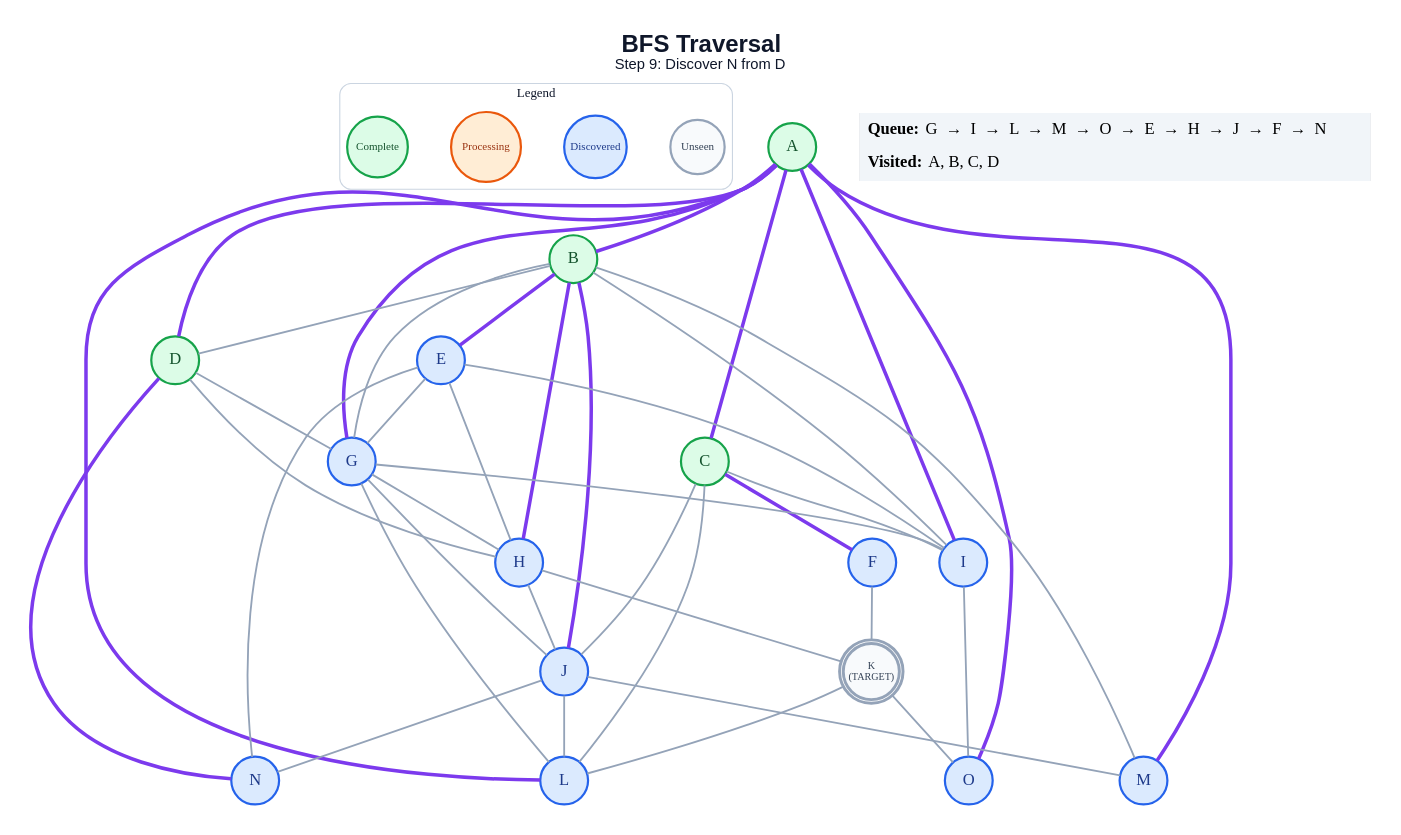
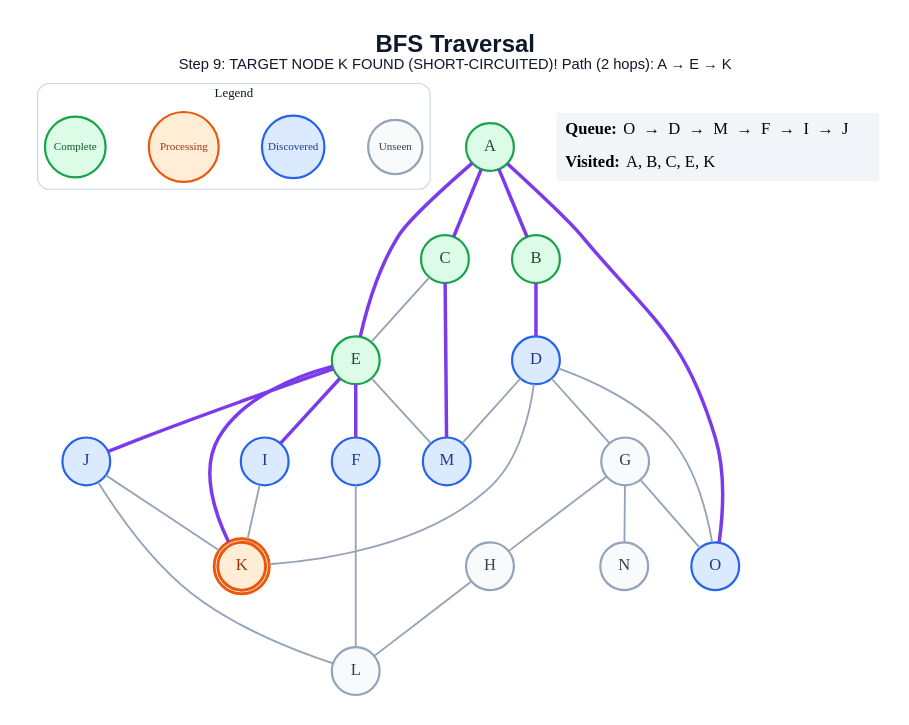
One commit to anon7238593-create/ai-slop changed the diagram in generated/short-circuit/bfs/step_09.dot. Above: the diagram before and after it, drawn with Graphviz. The commit also changed 289 other files, not shown here.

```diff
--- a/generated/short-circuit/bfs/step_09.dot
+++ b/generated/short-circuit/bfs/step_09.dot
@@ -1,73 +1,58 @@
 graph traversal {
   graph [layout=dot, rankdir=TB, bgcolor="#FFFFFF", pad="0.35", nodesep="0.65", ranksep="0.8", fontname="Arial"];
   node [shape=circle, style="filled", fontname="Arial Bold", fontsize=18, width=0.72, fixedsize=true, penwidth=2.4];
   edge [color="#94A3B8", penwidth=2.0];
-  label=<<B>BFS Traversal</B><BR/><FONT POINT-SIZE="16">Step 9: Discover N from D</FONT>>; labelloc="t"; fontsize=26; fontname="Arial"; fontcolor="#0F172A";
+  label=<<B>BFS Traversal</B><BR/><FONT POINT-SIZE="16">Step 9: TARGET NODE K FOUND (SHORT-CIRCUITED)! Path (2 hops): A → E → K</FONT>>; labelloc="t"; fontsize=26; fontname="Arial"; fontcolor="#0F172A";
   subgraph cluster_legend { label="Legend"; color="#CBD5E1"; penwidth=1.2; style="rounded"; fontsize=14; fontname="Arial Bold";
     key_unseen [label="Unseen", fillcolor="#F8FAFC", color="#94A3B8", fontcolor="#334155", fontsize=12, width=0.82];
     key_frontier [label="Discovered", fillcolor="#DBEAFE", color="#2563EB", fontcolor="#1E3A8A", fontsize=12, width=0.95];
     key_current [label="Processing", fillcolor="#FFEDD5", color="#EA580C", fontcolor="#9A3412", fontsize=12, width=1.05];
     key_done [label="Complete", fillcolor="#DCFCE7", color="#16A34A", fontcolor="#14532D", fontsize=12, width=0.92];
     { rank=same; key_unseen; key_frontier; key_current; key_done; }
   }
   A [label="A", fillcolor="#DCFCE7", color="#16A34A", fontcolor="#14532D", peripheries=1, penwidth=2.4];
   B [label="B", fillcolor="#DCFCE7", color="#16A34A", fontcolor="#14532D", peripheries=1, penwidth=2.4];
   C [label="C", fillcolor="#DCFCE7", color="#16A34A", fontcolor="#14532D", peripheries=1, penwidth=2.4];
-  D [label="D", fillcolor="#DCFCE7", color="#16A34A", fontcolor="#14532D", peripheries=1, penwidth=2.4];
-  E [label="E", fillcolor="#DBEAFE", color="#2563EB", fontcolor="#1E3A8A", peripheries=1, penwidth=2.4];
+  D [label="D", fillcolor="#DBEAFE", color="#2563EB", fontcolor="#1E3A8A", peripheries=1, penwidth=2.4];
+  E [label="E", fillcolor="#DCFCE7", color="#16A34A", fontcolor="#14532D", peripheries=1, penwidth=2.4];
   F [label="F", fillcolor="#DBEAFE", color="#2563EB", fontcolor="#1E3A8A", peripheries=1, penwidth=2.4];
-  G [label="G", fillcolor="#DBEAFE", color="#2563EB", fontcolor="#1E3A8A", peripheries=1, penwidth=2.4];
-  H [label="H", fillcolor="#DBEAFE", color="#2563EB", fontcolor="#1E3A8A", peripheries=1, penwidth=2.4];
+  G [label="G", fillcolor="#F8FAFC", color="#94A3B8", fontcolor="#334155", peripheries=1, penwidth=2.4];
+  H [label="H", fillcolor="#F8FAFC", color="#94A3B8", fontcolor="#334155", peripheries=1, penwidth=2.4];
   I [label="I", fillcolor="#DBEAFE", color="#2563EB", fontcolor="#1E3A8A", peripheries=1, penwidth=2.4];
   J [label="J", fillcolor="#DBEAFE", color="#2563EB", fontcolor="#1E3A8A", peripheries=1, penwidth=2.4];
-  K [label="K\n(TARGET)", fillcolor="#F8FAFC", color="#94A3B8", fontcolor="#334155", peripheries=2, penwidth=3.2, fontsize=11, width=0.85, height=0.85];
-  L [label="L", fillcolor="#DBEAFE", color="#2563EB", fontcolor="#1E3A8A", peripheries=1, penwidth=2.4];
+  K [label="K", fillcolor="#FFEDD5", color="#EA580C", fontcolor="#9A3412", peripheries=2, penwidth=3.2];
+  L [label="L", fillcolor="#F8FAFC", color="#94A3B8", fontcolor="#334155", peripheries=1, penwidth=2.4];
   M [label="M", fillcolor="#DBEAFE", color="#2563EB", fontcolor="#1E3A8A", peripheries=1, penwidth=2.4];
-  N [label="N", fillcolor="#DBEAFE", color="#2563EB", fontcolor="#1E3A8A", peripheries=1, penwidth=2.4];
+  N [label="N", fillcolor="#F8FAFC", color="#94A3B8", fontcolor="#334155", peripheries=1, penwidth=2.4];
   O [label="O", fillcolor="#DBEAFE", color="#2563EB", fontcolor="#1E3A8A", peripheries=1, penwidth=2.4];
   A -- B [color="#7C3AED", penwidth=3.8];
   A -- C [color="#7C3AED", penwidth=3.8];
-  A -- D [color="#7C3AED", penwidth=3.8];
-  A -- G [color="#7C3AED", penwidth=3.8];
-  A -- I [color="#7C3AED", penwidth=3.8];
-  A -- L [color="#7C3AED", penwidth=3.8];
-  A -- M [color="#7C3AED", penwidth=3.8];
+  A -- E [color="#7C3AED", penwidth=3.8];
   A -- O [color="#7C3AED", penwidth=3.8];
-  B -- D;
-  B -- E [color="#7C3AED", penwidth=3.8];
-  B -- G;
-  B -- H [color="#7C3AED", penwidth=3.8];
-  B -- I;
-  B -- J [color="#7C3AED", penwidth=3.8];
-  B -- M;
-  C -- F [color="#7C3AED", penwidth=3.8];
-  C -- I;
-  C -- J;
-  C -- L;
+  B -- D [color="#7C3AED", penwidth=3.8];
+  C -- E;
+  C -- M [color="#7C3AED", penwidth=3.8];
   D -- G;
-  D -- H;
-  D -- N [color="#7C3AED", penwidth=3.8];
-  E -- G;
-  E -- H;
-  E -- I;
-  E -- N;
-  F -- K;
+  D -- K;
+  D -- M;
+  D -- O;
+  E -- F [color="#7C3AED", penwidth=3.8];
+  E -- I [color="#7C3AED", penwidth=3.8];
+  E -- J [color="#7C3AED", penwidth=3.8];
+  E -- K [color="#7C3AED", penwidth=3.8];
+  E -- M;
+  F -- L;
   G -- H;
-  G -- I;
-  G -- J;
-  G -- L;
-  H -- J;
-  H -- K;
-  I -- O;
+  G -- N;
+  G -- O;
+  H -- L;
+  I -- K;
+  J -- K;
   J -- L;
-  J -- M;
-  J -- N;
-  K -- L;
-  K -- O;
   status [shape=plain, fixedsize=false, width=0, height=0, margin=0, label=<
     <TABLE BORDER="0" CELLBORDER="0" CELLPADDING="7" BGCOLOR="#F1F5F9">
-      <TR><TD ALIGN="LEFT"><B>Queue:</B> G  →  I  →  L  →  M  →  O  →  E  →  H  →  J  →  F  →  N</TD></TR>
-      <TR><TD ALIGN="LEFT"><B>Visited:</B> A, B, C, D</TD></TR>
+      <TR><TD ALIGN="LEFT"><B>Queue:</B> O  →  D  →  M  →  F  →  I  →  J</TD></TR>
+      <TR><TD ALIGN="LEFT"><B>Visited:</B> A, B, C, E, K</TD></TR>
     </TABLE>
   >];
 }
```
